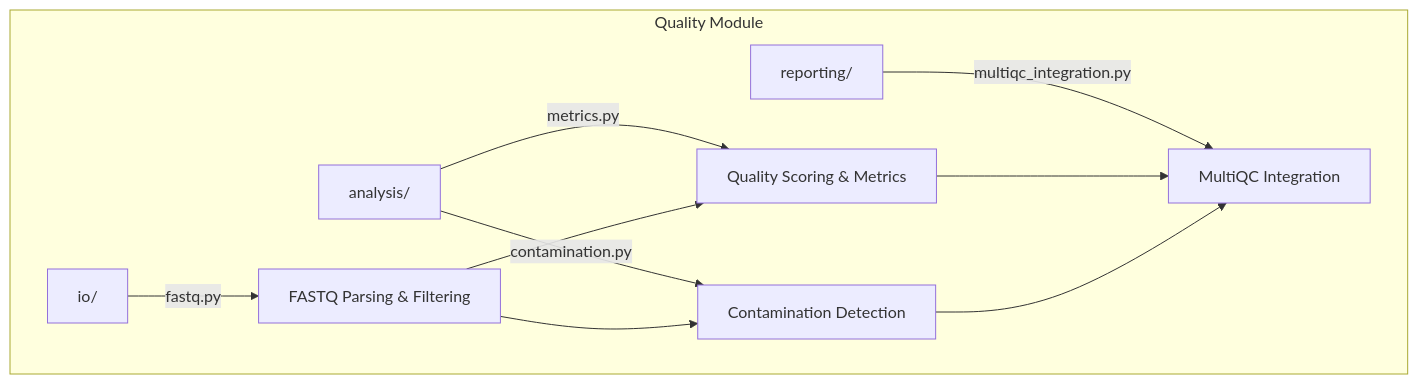
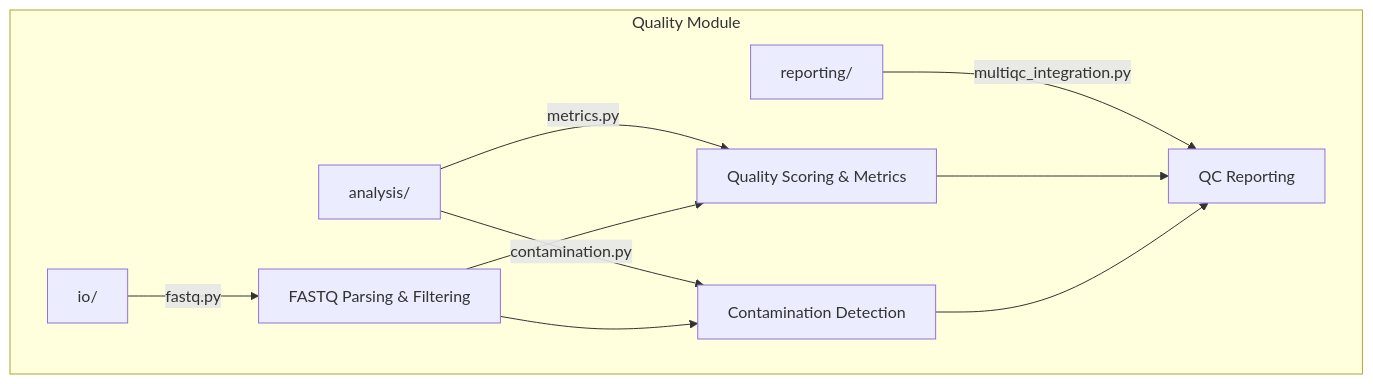
Before and after one commit to docxology/MetaInformAnt: the diagram in src/metainformant/quality/README.md, drawn with Mermaid. The commit also changed other lines of this file and 529 other files, not shown here.

````diff
--- a/src/metainformant/quality/README.md
+++ b/src/metainformant/quality/README.md
@@ -23,16 +23,16 @@
 ```mermaid
 graph TD
     subgraph "Quality Module"
         IO[io/] --> |fastq.py| FQ[FASTQ Parsing & Filtering]
 
         A[analysis/] --> |metrics.py| QM[Quality Scoring & Metrics]
         A --> |contamination.py| CD[Contamination Detection]
 
-        R[reporting/] --> |multiqc_integration.py| MQ[MultiQC Integration]
+        R[reporting/] --> |multiqc_integration.py| MQ[QC Reporting]
     end
 
     FQ --> QM
     FQ --> CD
     QM --> MQ
     CD --> MQ
 ```
````
